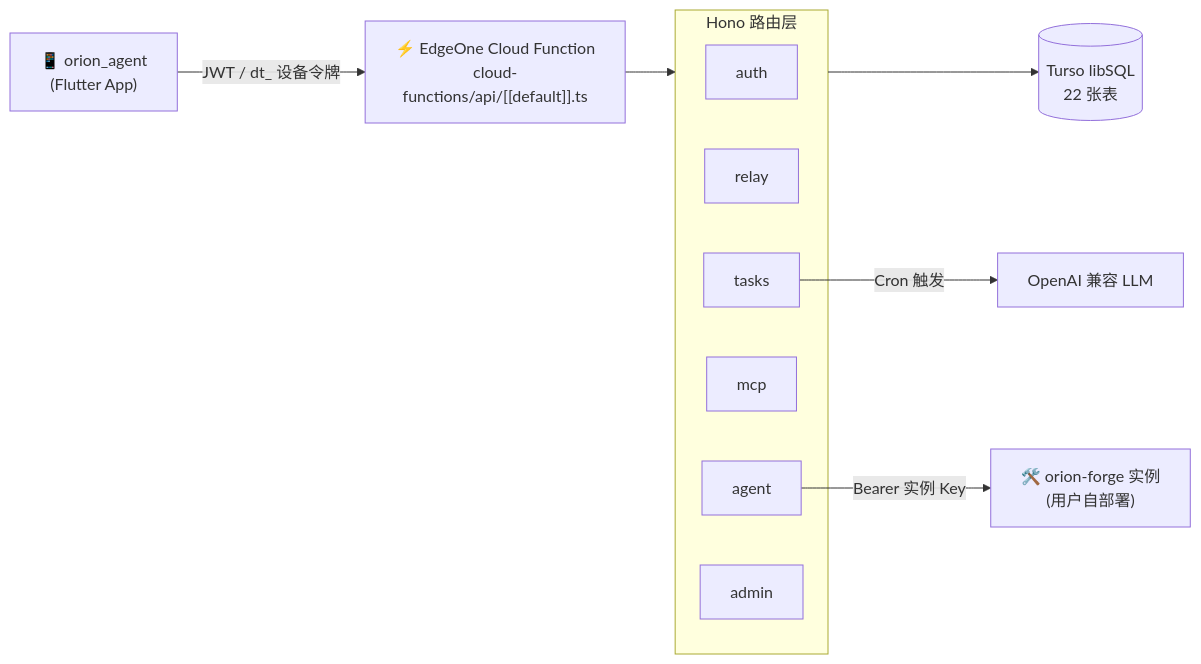
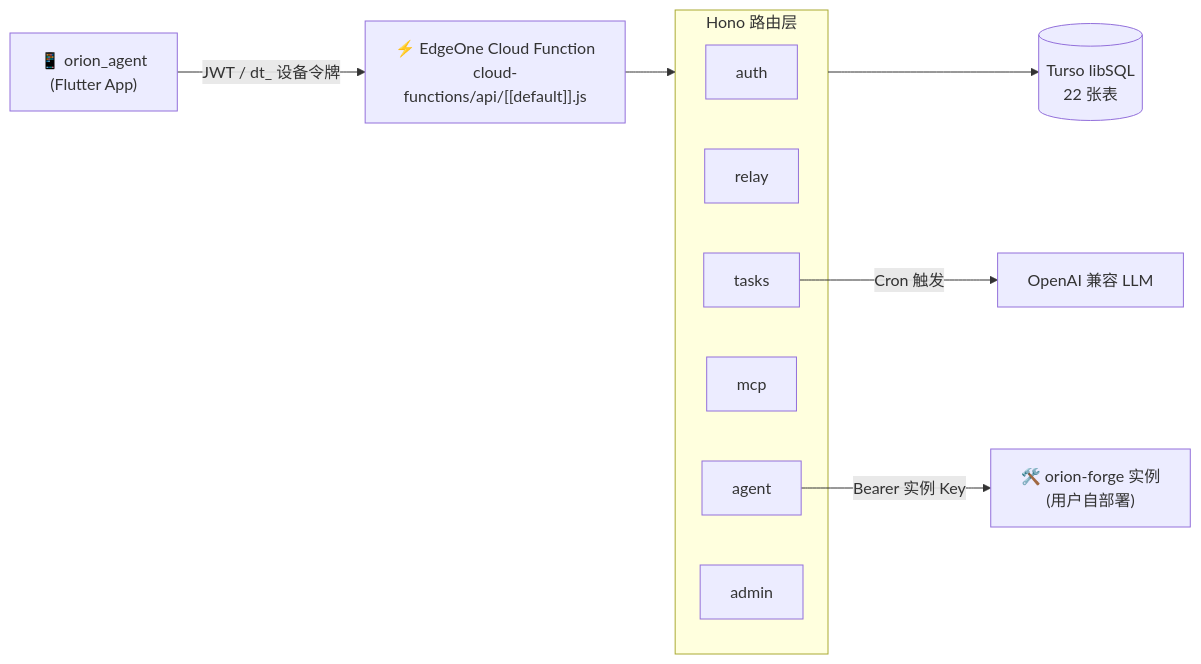
Before and after one commit to suanx/orion_agent_cloud: the diagram in README.md, drawn with Mermaid. The commit also changed other lines of this file and 2 other files, not shown here.

````diff
--- a/README.md
+++ b/README.md
@@ -36,16 +36,16 @@
 ```mermaid
 flowchart LR
-    APP["📱 orion_agent\n(Flutter App)"] -- "JWT / dt_ 设备令牌" --> API["⚡ EdgeOne Cloud Function\ncloud-functions/api/[[default]].ts"]
+    APP["📱 orion_agent\n(Flutter App)"] -- "JWT / dt_ 设备令牌" --> API["⚡ EdgeOne Cloud Function\ncloud-functions/api/[[default]].js"]
     subgraph svc["Hono 路由层"]
         AUTH["auth"]
         RELAY["relay"]
         TASKS["tasks"]
         MCP["mcp"]
         AGENT["agent"]
         ADMIN["admin"]
     end
     API --> svc
     svc --> DB[("Turso libSQL\n22 张表")]
     AGENT -- "Bearer 实例 Key" --> FORGE["🛠️ orion-forge 实例\n(用户自部署)"]
     TASKS -- "Cron 触发" --> LLM["OpenAI 兼容 LLM"]
 ```
````
